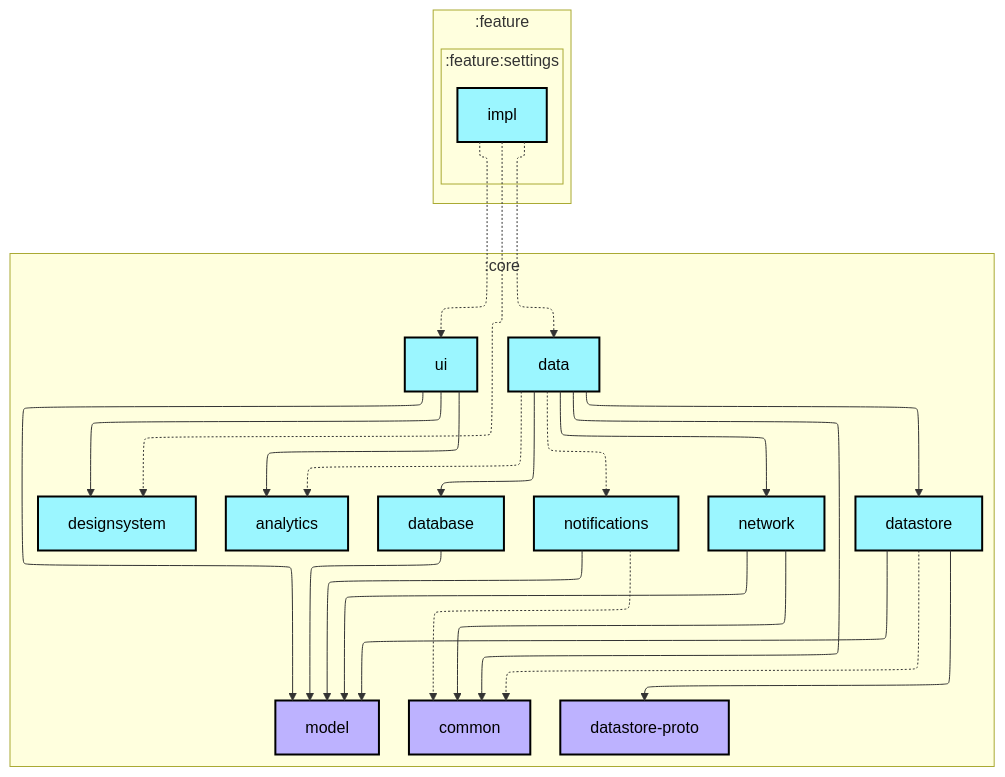
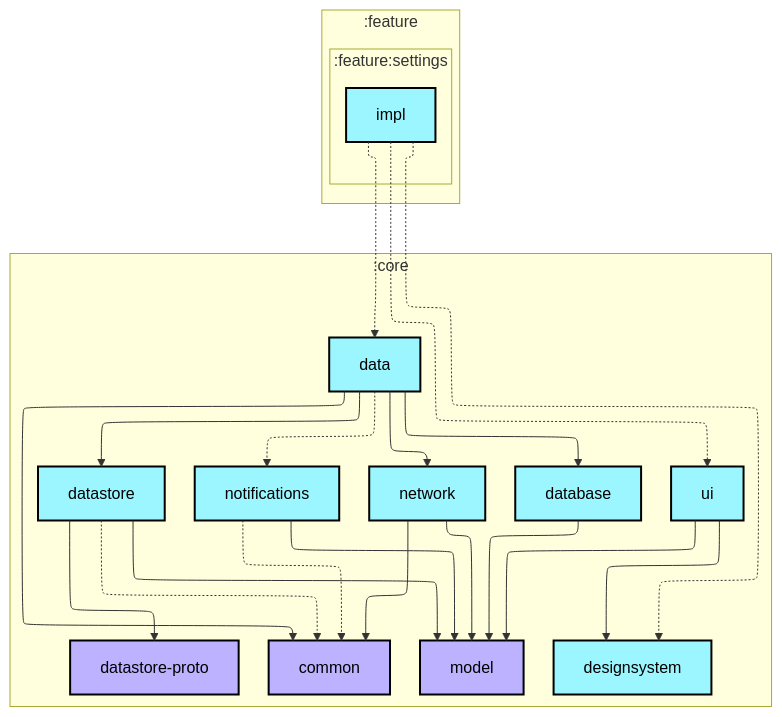
Before and after one commit to AshishMK/JetUpdates: the first of 2 diagrams in feature/settings/impl/README.md, drawn with Mermaid. The commit also changed 15 other files, not shown here.

Commit message:
feat: hideBottomBar logic All pull requests completed after PR # 2003Migrate project to Jetpack Navigation 3 to PR #2100 Update README graphs with correct datastore-proto plugin

````diff
--- a/feature/settings/impl/README.md
+++ b/feature/settings/impl/README.md
@@ -6,58 +6,55 @@
 ```mermaid
 ---
 config:
   layout: elk
   elk:
     nodePlacementStrategy: SIMPLE
 ---
 graph TB
   subgraph :feature
     direction TB
     subgraph :feature:settings
       direction TB
       :feature:settings:impl[impl]:::android-library
     end
   end
   subgraph :core
     direction TB
-    :core:analytics[analytics]:::android-library
     :core:common[common]:::jvm-library
     :core:data[data]:::android-library
     :core:database[database]:::android-library
     :core:datastore[datastore]:::android-library
     :core:datastore-proto[datastore-proto]:::jvm-library
     :core:designsystem[designsystem]:::android-library
     :core:model[model]:::jvm-library
     :core:network[network]:::android-library
     :core:notifications[notifications]:::android-library
     :core:ui[ui]:::android-library
   end
 
-  :core:data -.-> :core:analytics
   :core:data --> :core:common
   :core:data --> :core:database
   :core:data --> :core:datastore
   :core:data --> :core:network
   :core:data -.-> :core:notifications
   :core:database --> :core:model
   :core:datastore -.-> :core:common
   :core:datastore --> :core:datastore-proto
   :core:datastore --> :core:model
   :core:network --> :core:common
   :core:network --> :core:model
   :core:notifications -.-> :core:common
   :core:notifications --> :core:model
-  :core:ui --> :core:analytics
   :core:ui --> :core:designsystem
   :core:ui --> :core:model
   :feature:settings:impl -.-> :core:data
   :feature:settings:impl -.-> :core:designsystem
   :feature:settings:impl -.-> :core:ui
 
 classDef android-application fill:#CAFFBF,stroke:#000,stroke-width:2px,color:#000;
 classDef android-feature fill:#FFD6A5,stroke:#000,stroke-width:2px,color:#000;
 classDef android-library fill:#9BF6FF,stroke:#000,stroke-width:2px,color:#000;
 classDef android-test fill:#A0C4FF,stroke:#000,stroke-width:2px,color:#000;
 classDef jvm-library fill:#BDB2FF,stroke:#000,stroke-width:2px,color:#000;
 classDef unknown fill:#FFADAD,stroke:#000,stroke-width:2px,color:#000;
 ```
````
